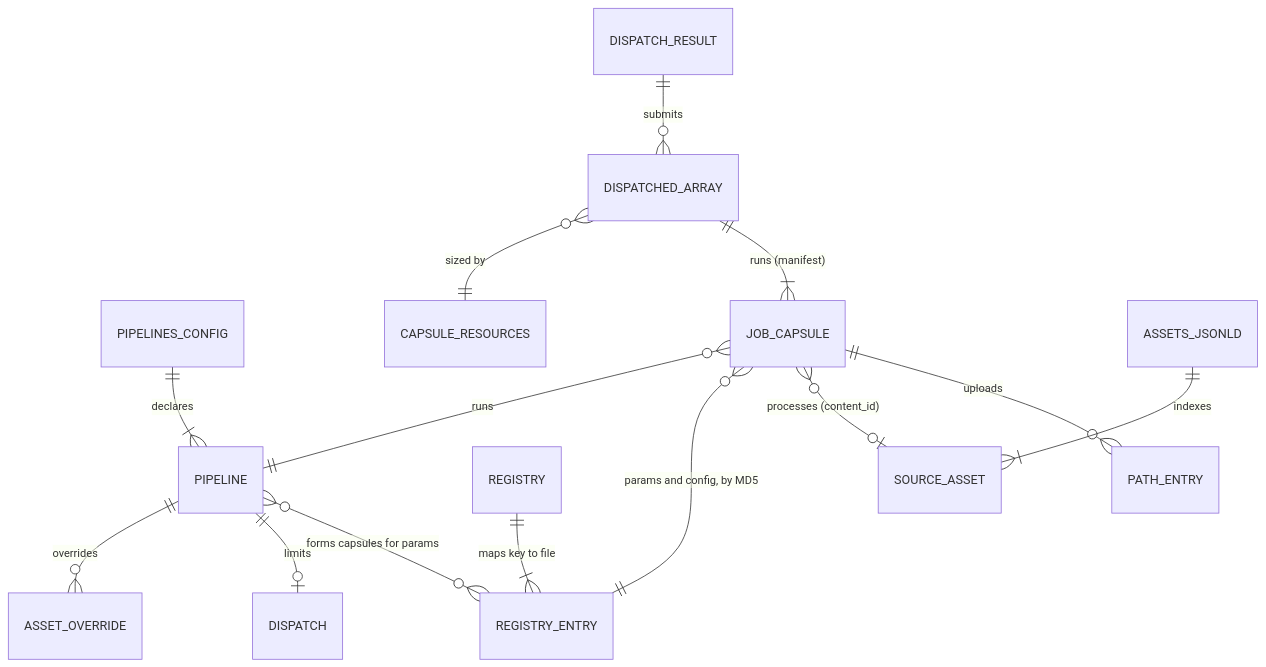
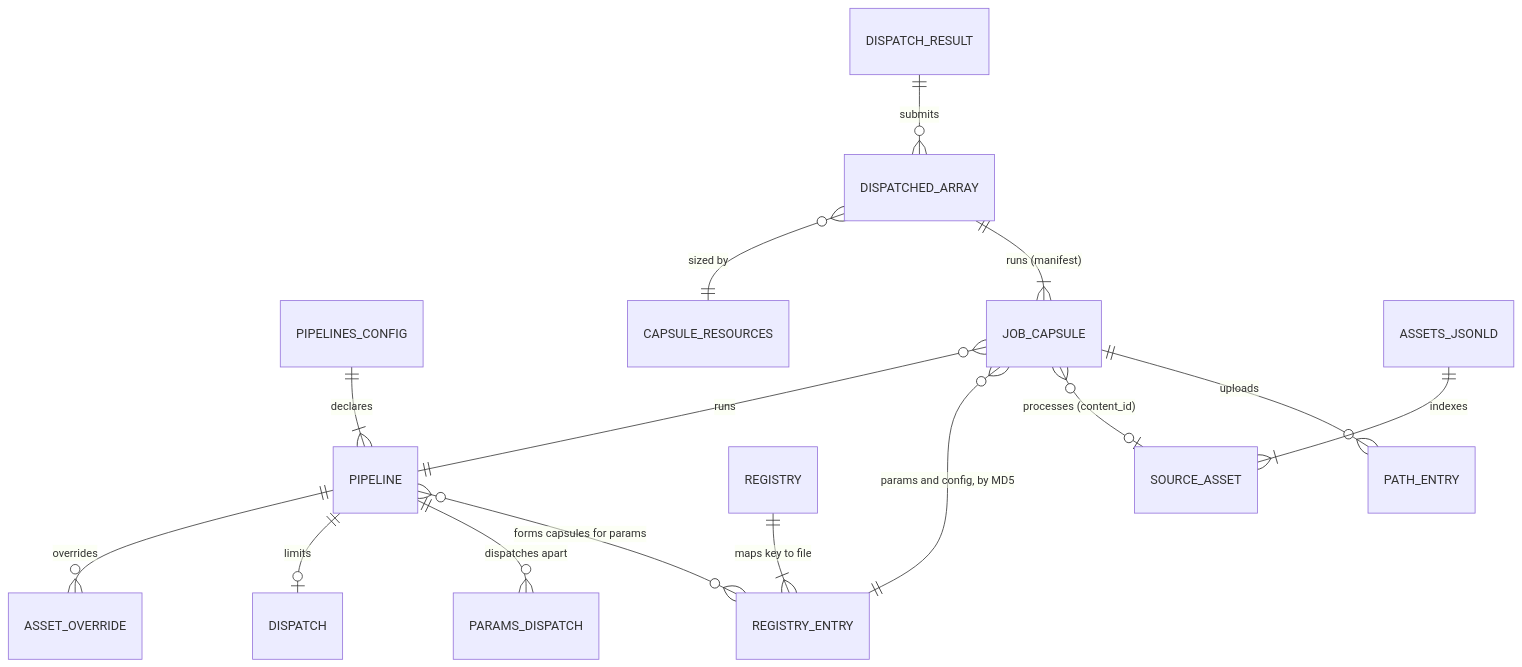
Before and after one commit to dandi-compute/dandi-compute-core: the first of 5 diagrams in docs/data_model.md, drawn with Mermaid. The commit also changed other lines of this file and 28 other files, not shown here.

````diff
--- a/docs/data_model.md
+++ b/docs/data_model.md
@@ -7,16 +7,17 @@
 ```mermaid
 erDiagram
     PIPELINES_CONFIG ||--|{ PIPELINE : "declares"
     PIPELINE ||--o{ ASSET_OVERRIDE : "overrides"
     PIPELINE ||--o| DISPATCH : "limits"
+    PIPELINE ||--o{ PARAMS_DISPATCH : "dispatches apart"
     PIPELINE }o--o{ REGISTRY_ENTRY : "forms capsules for params"
     REGISTRY ||--|{ REGISTRY_ENTRY : "maps key to file"
     JOB_CAPSULE }o--|| PIPELINE : "runs"
     JOB_CAPSULE }o--|| REGISTRY_ENTRY : "params and config, by MD5"
     JOB_CAPSULE }o--o| SOURCE_ASSET : "processes (content_id)"
     JOB_CAPSULE ||--o{ PATH_ENTRY : "uploads"
     DISPATCH_RESULT ||--o{ DISPATCHED_ARRAY : "submits"
     DISPATCHED_ARRAY }o--|| CAPSULE_RESOURCES : "sized by"
     DISPATCHED_ARRAY ||--|{ JOB_CAPSULE : "runs (manifest)"
     ASSETS_JSONLD ||--|{ SOURCE_ASSET : "indexes"
 ```
````
